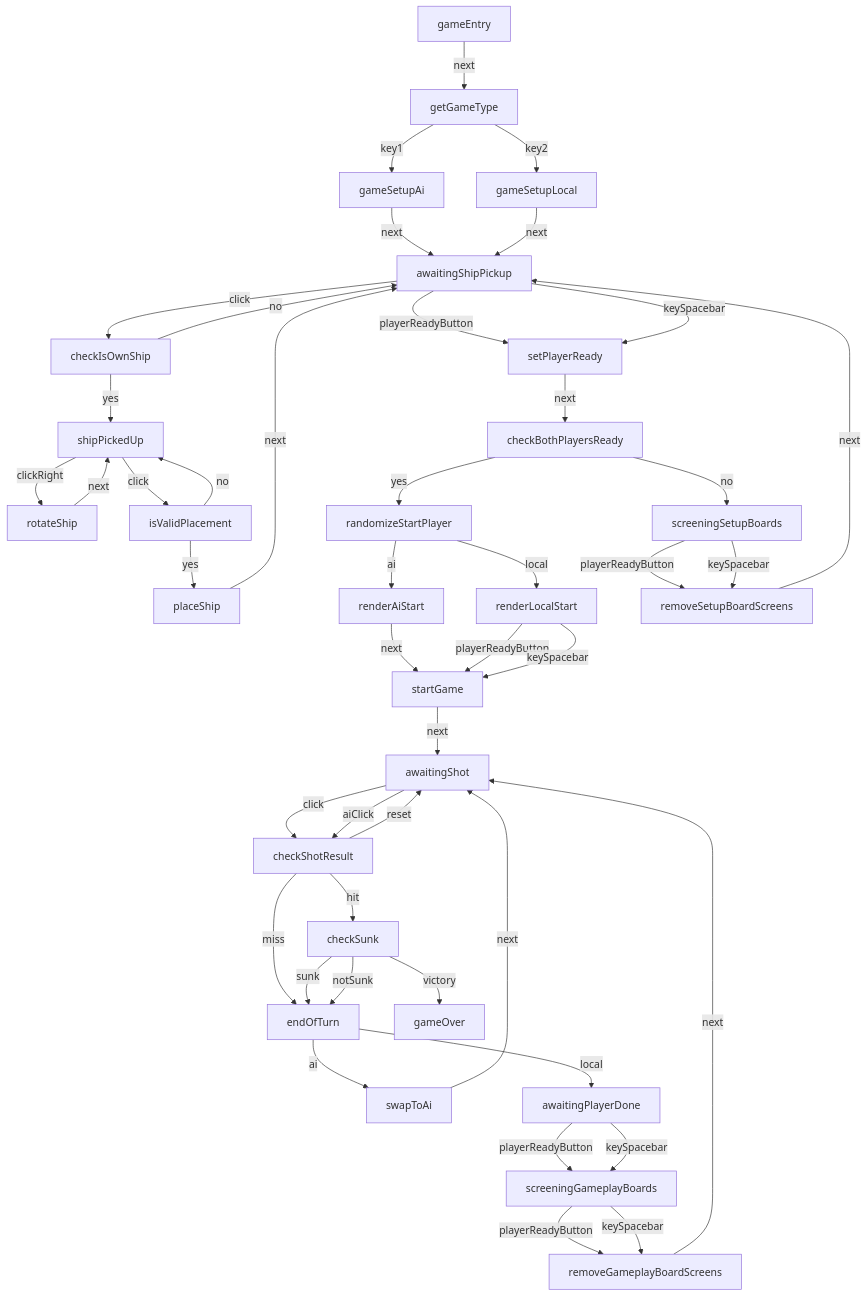
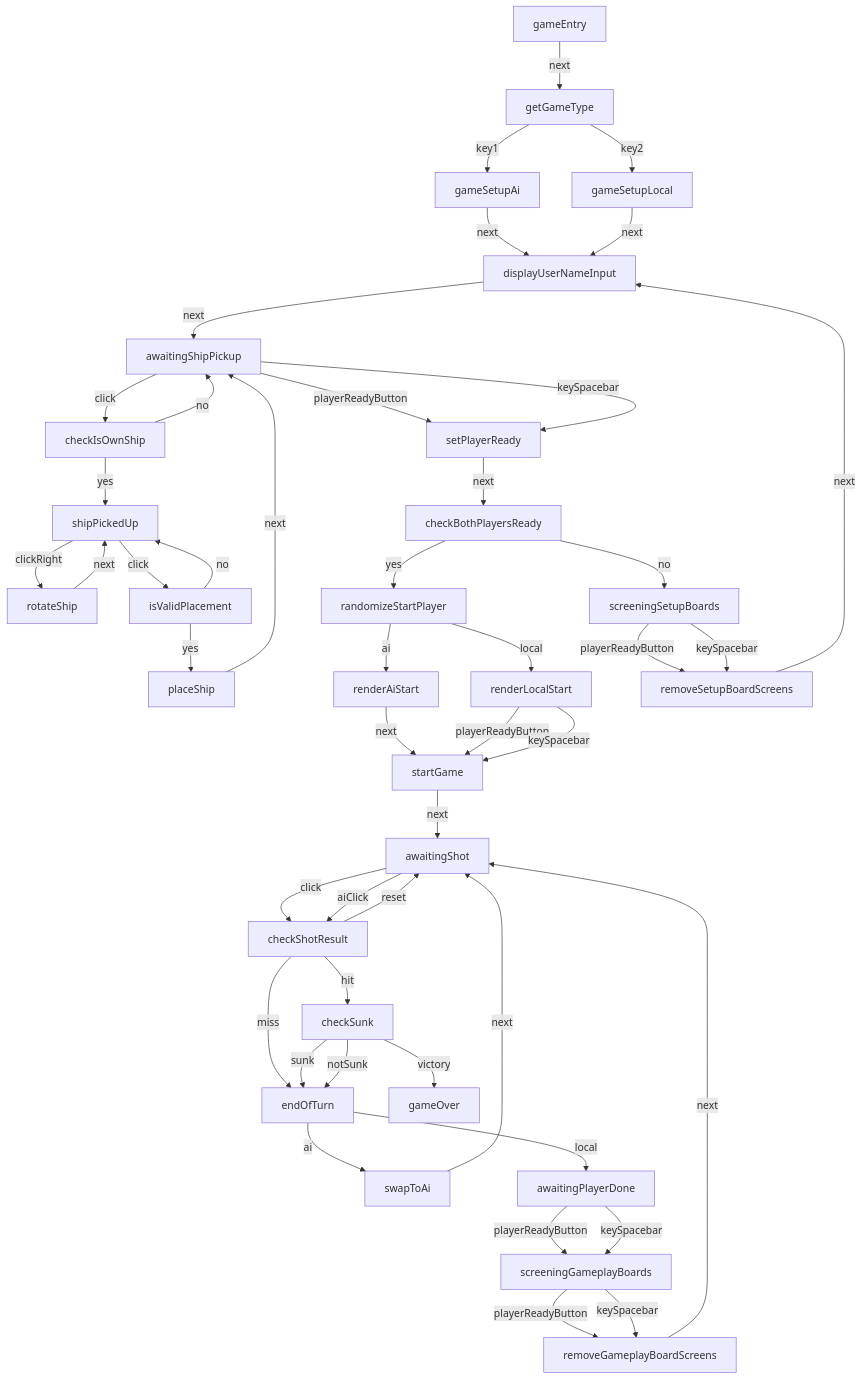
One commit to pgoshulak/battleship changed the diagram in statemap.md. Above: the diagram before and after it, drawn with Mermaid. The commit also changed 7 other files, not shown here.

````diff
--- a/statemap.md
+++ b/statemap.md
@@ -3,47 +3,48 @@
 ```mermaid
 graph TD;
 gameEntry[gameEntry] -- next --> getGameType[getGameType] ;
 getGameType[getGameType] -- key1 --> gameSetupAi[gameSetupAi] ;
 getGameType[getGameType] -- key2 --> gameSetupLocal[gameSetupLocal] ;
-gameSetupAi[gameSetupAi] -- next --> awaitingShipPickup[awaitingShipPickup] ;
-gameSetupLocal[gameSetupLocal] -- next --> awaitingShipPickup[awaitingShipPickup] ;
+gameSetupAi[gameSetupAi] -- next --> displayUserNameInput[displayUserNameInput] ;
+gameSetupLocal[gameSetupLocal] -- next --> displayUserNameInput[displayUserNameInput] ;
+displayUserNameInput[displayUserNameInput] -- next --> awaitingShipPickup[awaitingShipPickup] ;
 awaitingShipPickup[awaitingShipPickup] -- click --> checkIsOwnShip[checkIsOwnShip] ;
 awaitingShipPickup[awaitingShipPickup] -- playerReadyButton --> setPlayerReady[setPlayerReady] ;
 awaitingShipPickup[awaitingShipPickup] -- keySpacebar --> setPlayerReady[setPlayerReady] ;
 checkIsOwnShip[checkIsOwnShip] -- yes --> shipPickedUp[shipPickedUp] ;
 checkIsOwnShip[checkIsOwnShip] -- no --> awaitingShipPickup[awaitingShipPickup] ;
 shipPickedUp[shipPickedUp] -- clickRight --> rotateShip[rotateShip] ;
 shipPickedUp[shipPickedUp] -- click --> isValidPlacement[isValidPlacement] ;
 rotateShip[rotateShip] -- next --> shipPickedUp[shipPickedUp] ;
 isValidPlacement[isValidPlacement] -- yes --> placeShip[placeShip] ;
 isValidPlacement[isValidPlacement] -- no --> shipPickedUp[shipPickedUp] ;
 placeShip[placeShip] -- next --> awaitingShipPickup[awaitingShipPickup] ;
 setPlayerReady[setPlayerReady] -- next --> checkBothPlayersReady[checkBothPlayersReady] ;
 checkBothPlayersReady[checkBothPlayersReady] -- yes --> randomizeStartPlayer[randomizeStartPlayer] ;
 checkBothPlayersReady[checkBothPlayersReady] -- no --> screeningSetupBoards[screeningSetupBoards] ;
 randomizeStartPlayer[randomizeStartPlayer] -- ai --> renderAiStart[renderAiStart] ;
 randomizeStartPlayer[randomizeStartPlayer] -- local --> renderLocalStart[renderLocalStart] ;
 renderAiStart[renderAiStart] -- next --> startGame[startGame] ;
 renderLocalStart[renderLocalStart] -- playerReadyButton --> startGame[startGame] ;
 renderLocalStart[renderLocalStart] -- keySpacebar --> startGame[startGame] ;
 startGame[startGame] -- next --> awaitingShot[awaitingShot] ;
 screeningSetupBoards[screeningSetupBoards] -- playerReadyButton --> removeSetupBoardScreens[removeSetupBoardScreens] ;
 screeningSetupBoards[screeningSetupBoards] -- keySpacebar --> removeSetupBoardScreens[removeSetupBoardScreens] ;
-removeSetupBoardScreens[removeSetupBoardScreens] -- next --> awaitingShipPickup[awaitingShipPickup] ;
+removeSetupBoardScreens[removeSetupBoardScreens] -- next --> displayUserNameInput[displayUserNameInput] ;
 awaitingShot[awaitingShot] -- click --> checkShotResult[checkShotResult] ;
 awaitingShot[awaitingShot] -- aiClick --> checkShotResult[checkShotResult] ;
 checkShotResult[checkShotResult] -- reset --> awaitingShot[awaitingShot] ;
 checkShotResult[checkShotResult] -- miss --> endOfTurn[endOfTurn] ;
 checkShotResult[checkShotResult] -- hit --> checkSunk[checkSunk] ;
 checkSunk[checkSunk] -- victory --> gameOver[gameOver] ;
 checkSunk[checkSunk] -- sunk --> endOfTurn[endOfTurn] ;
 checkSunk[checkSunk] -- notSunk --> endOfTurn[endOfTurn] ;
 endOfTurn[endOfTurn] -- ai --> swapToAi[swapToAi] ;
 endOfTurn[endOfTurn] -- local --> awaitingPlayerDone[awaitingPlayerDone] ;
 swapToAi[swapToAi] -- next --> awaitingShot[awaitingShot] ;
 awaitingPlayerDone[awaitingPlayerDone] -- playerReadyButton --> screeningGameplayBoards[screeningGameplayBoards] ;
 awaitingPlayerDone[awaitingPlayerDone] -- keySpacebar --> screeningGameplayBoards[screeningGameplayBoards] ;
 screeningGameplayBoards[screeningGameplayBoards] -- playerReadyButton --> removeGameplayBoardScreens[removeGameplayBoardScreens] ;
 screeningGameplayBoards[screeningGameplayBoards] -- keySpacebar --> removeGameplayBoardScreens[removeGameplayBoardScreens] ;
 removeGameplayBoardScreens[removeGameplayBoardScreens] -- next --> awaitingShot[awaitingShot] ;
 ```
````
